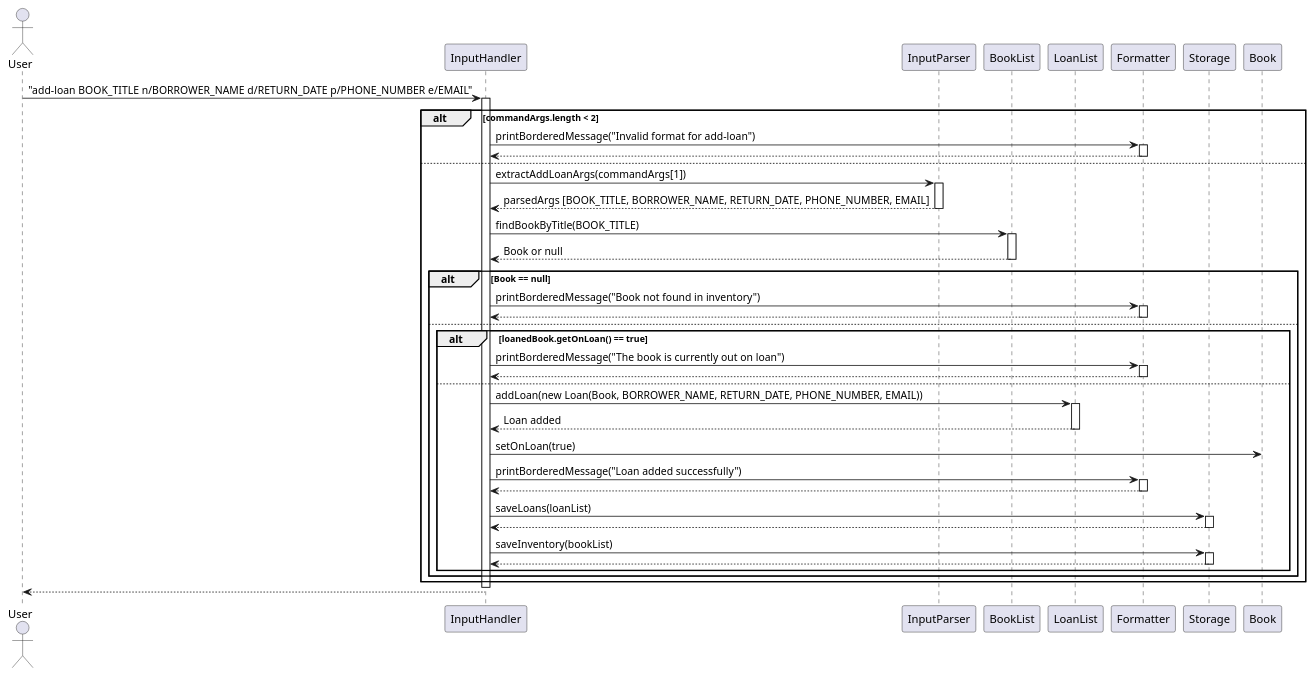
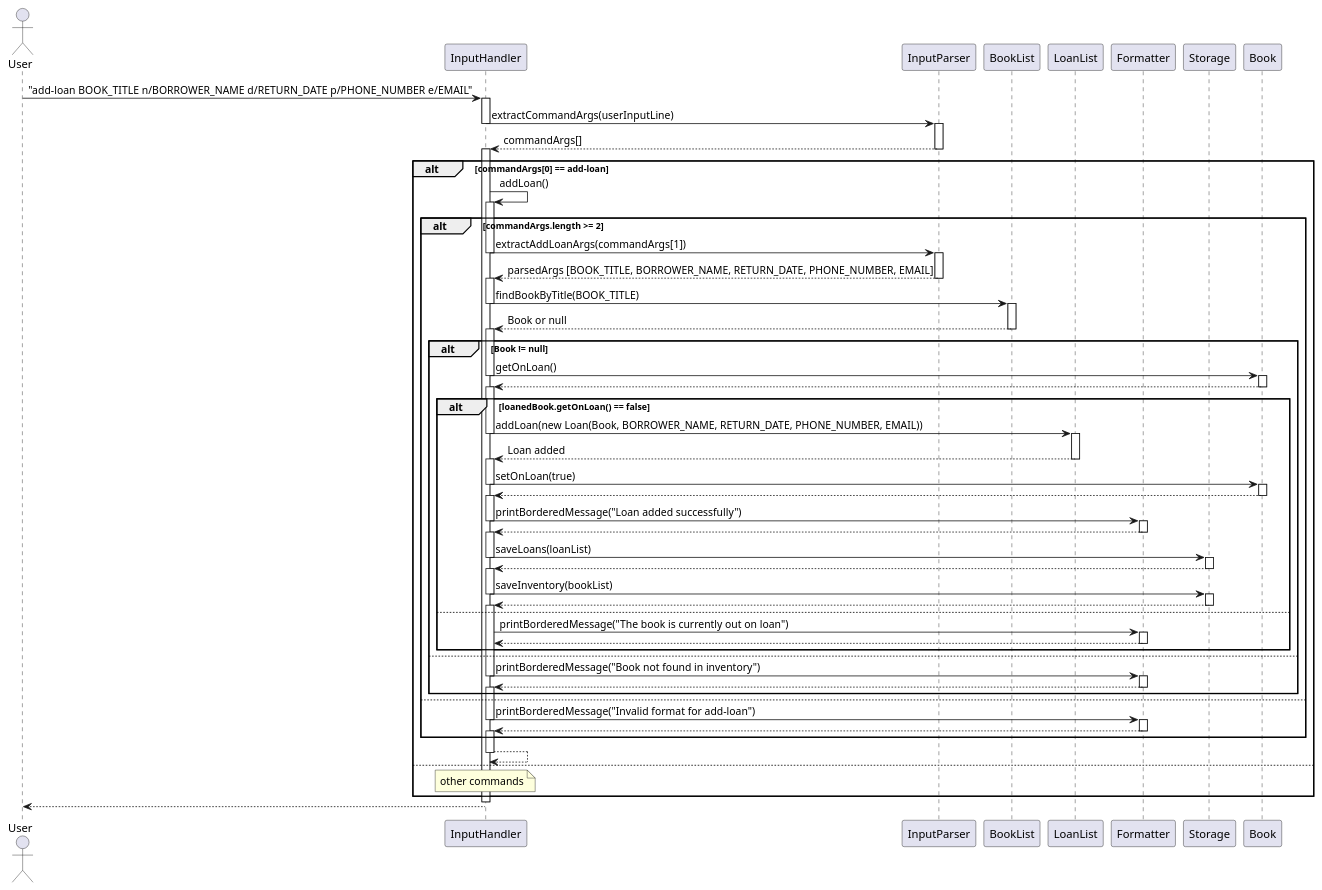
One commit to AY2425S2-CS2113-T12-2/tp changed the diagram in docs/diagrams/addloan.puml. Above: the diagram before and after it, drawn with PlantUML. The commit also changed 1 other file, not shown here.

Commit message:
Fix Sequence Diagram for add-loan

```diff
--- a/docs/diagrams/addloan.puml
+++ b/docs/diagrams/addloan.puml
@@ -1,69 +1,125 @@
 @startuml
 actor User
 participant InputHandler
 participant InputParser
 participant BookList
 participant LoanList
 participant Formatter
 participant Storage
 
 User -> InputHandler: "add-loan BOOK_TITLE n/BORROWER_NAME d/RETURN_DATE p/PHONE_NUMBER e/EMAIL"
 activate InputHandler
 
-alt commandArgs.length < 2
+InputHandler -> InputParser: extractCommandArgs(userInputLine)
+deactivate InputHandler
+activate InputParser
+
+InputParser --> InputHandler: commandArgs[]
+deactivate InputParser
+activate InputHandler
+
+alt commandArgs[0] == add-loan
+
+InputHandler -> InputHandler : addLoan()
+            activate InputHandler
+
+alt commandArgs.length >= 2
+    InputHandler -> InputParser: extractAddLoanArgs(commandArgs[1])
+    deactivate InputHandler
+    activate InputParser
+    InputParser --> InputHandler: parsedArgs [BOOK_TITLE, BORROWER_NAME, RETURN_DATE, PHONE_NUMBER, EMAIL]
+    deactivate InputParser
+    activate InputHandler
+
+
+    InputHandler -> BookList: findBookByTitle(BOOK_TITLE)
+    deactivate InputHandler
+    activate BookList
+    BookList --> InputHandler: Book or null
+    deactivate BookList
+    activate InputHandler
+
+    alt Book != null
+
+
+        InputHandler -> Book: getOnLoan()
+        deactivate InputHandler
+        activate Book
+
+        Book --> InputHandler
+        deactivate Book
+        activate InputHandler
+
+        alt loanedBook.getOnLoan() == false
+
+            InputHandler -> LoanList: addLoan(new Loan(Book, BORROWER_NAME, RETURN_DATE, PHONE_NUMBER, EMAIL))
+            deactivate InputHandler
+            activate LoanList
+            LoanList --> InputHandler: Loan added
+            deactivate LoanList
+            activate InputHandler
+
+            InputHandler -> Book: setOnLoan(true)
+            deactivate InputHandler
+            activate Book
+
+            Book --> InputHandler
+            deactivate Book
+            activate InputHandler
+
+            InputHandler -> Formatter: printBorderedMessage("Loan added successfully")
+            deactivate InputHandler
+            activate Formatter
+            Formatter --> InputHandler
+            deactivate Formatter
+            activate InputHandler
+
+            InputHandler -> Storage: saveLoans(loanList)
+            deactivate InputHandler
+            activate Storage
+            Storage --> InputHandler
+            deactivate Storage
+            activate InputHandler
+
+            InputHandler -> Storage: saveInventory(bookList)
+            deactivate InputHandler
+            activate Storage
+            Storage --> InputHandler
+            deactivate Storage
+            activate InputHandler
+            else
+                InputHandler -> Formatter: printBorderedMessage("The book is currently out on loan")
+                activate Formatter
+                Formatter --> InputHandler
+                deactivate Formatter
+        end
+    else
+            InputHandler -> Formatter: printBorderedMessage("Book not found in inventory")
+            deactivate InputHandler
+            activate Formatter
+            Formatter --> InputHandler
+            deactivate Formatter
+            activate InputHandler
+
+    end
+
+else
     InputHandler -> Formatter: printBorderedMessage("Invalid format for add-loan")
+    deactivate InputHandler
     activate Formatter
     Formatter --> InputHandler
     deactivate Formatter
+    activate InputHandler
+end
+
+InputHandler --> InputHandler
+deactivate InputHandler
+
 else
+    note over InputHandler : other commands
 
-    InputHandler -> InputParser: extractAddLoanArgs(commandArgs[1])
-    activate InputParser
-    InputParser --> InputHandler: parsedArgs [BOOK_TITLE, BORROWER_NAME, RETURN_DATE, PHONE_NUMBER, EMAIL]
-    deactivate InputParser
-
-    InputHandler -> BookList: findBookByTitle(BOOK_TITLE)
-    activate BookList
-    BookList --> InputHandler: Book or null
-    deactivate BookList
-
-    alt Book == null
-        InputHandler -> Formatter: printBorderedMessage("Book not found in inventory")
-        activate Formatter
-        Formatter --> InputHandler
-        deactivate Formatter
-    else
-        alt loanedBook.getOnLoan() == true
-            InputHandler -> Formatter: printBorderedMessage("The book is currently out on loan")
-            activate Formatter
-            Formatter --> InputHandler
-            deactivate Formatter
-        else
-            InputHandler -> LoanList: addLoan(new Loan(Book, BORROWER_NAME, RETURN_DATE, PHONE_NUMBER, EMAIL))
-            activate LoanList
-            LoanList --> InputHandler: Loan added
-            deactivate LoanList
-
-            InputHandler -> Book: setOnLoan(true)
-
-            InputHandler -> Formatter: printBorderedMessage("Loan added successfully")
-            activate Formatter
-            Formatter --> InputHandler
-            deactivate Formatter
-
-            InputHandler -> Storage: saveLoans(loanList)
-            activate Storage
-            Storage --> InputHandler
-            deactivate Storage
-
-            InputHandler -> Storage: saveInventory(bookList)
-            activate Storage
-            Storage --> InputHandler
-            deactivate Storage
-        end
-    end
 end
 
 deactivate InputHandler
 InputHandler --> User
 @enduml
```
